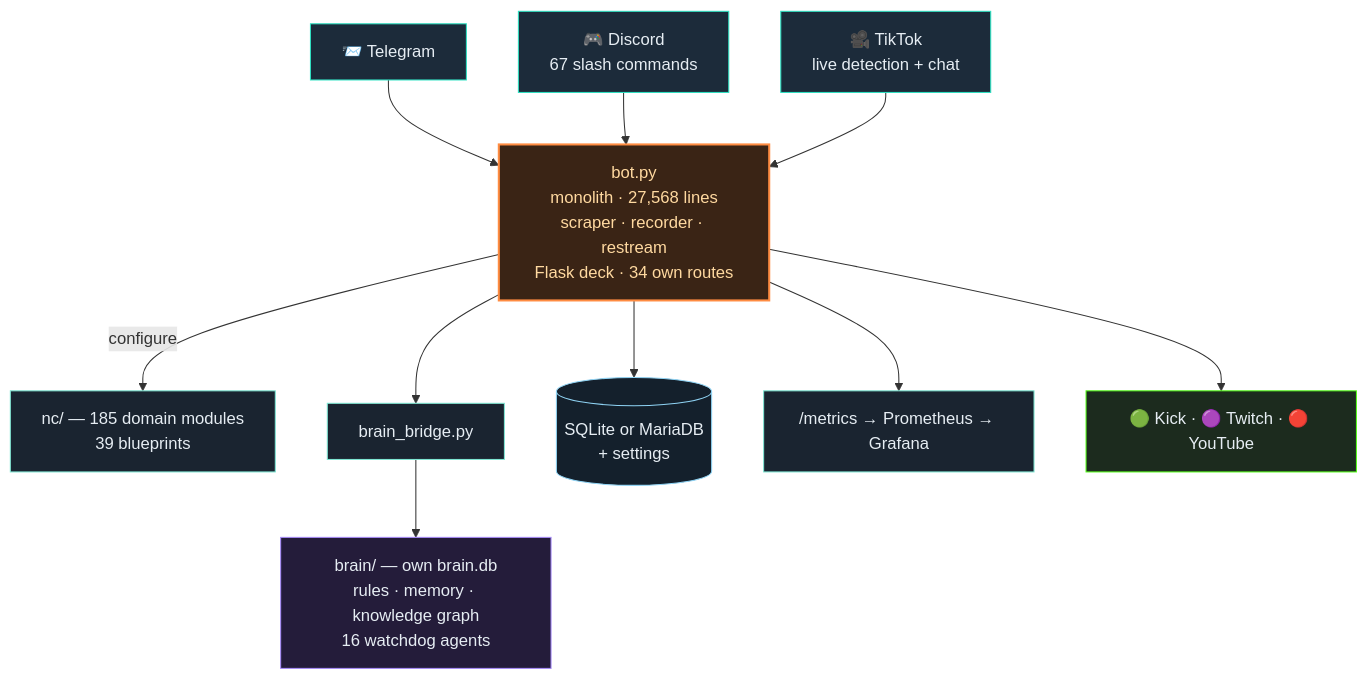
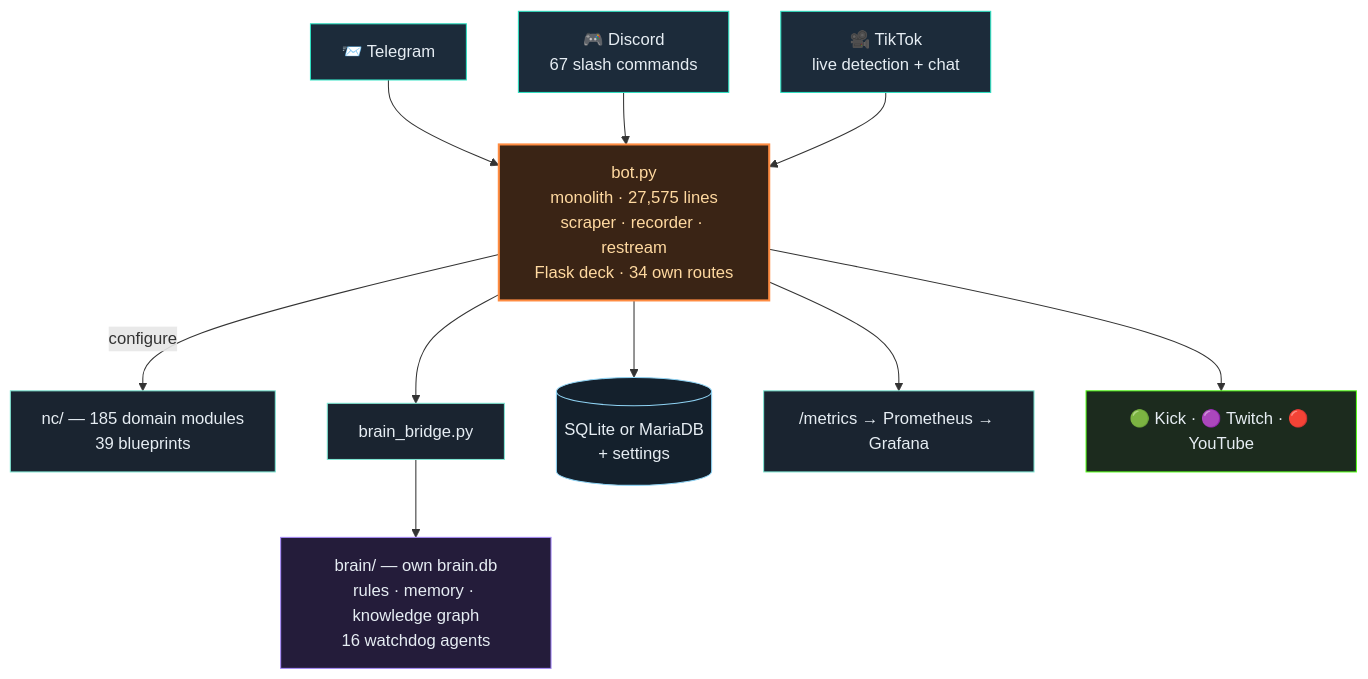
One commit to itsamemedev/Telegram-Stream-Info-Bot changed the second of 3 diagrams in README.en.md. Above: the diagram before and after it, drawn with Mermaid. The commit also changed other lines of this file and 24 other files, not shown here.

````diff
--- a/README.en.md
+++ b/README.en.md
@@ -119,19 +119,19 @@
 ```mermaid
 flowchart TB
     TG["📨 Telegram"]:::ein --> BOT
     DC["🎮 Discord<br/>67 slash commands"]:::ein --> BOT
     TT["🎥 TikTok<br/>live detection + chat"]:::ein --> BOT
-    BOT["bot.py<br/>monolith · 27,568 lines<br/>scraper · recorder · restream<br/>Flask deck · 34 own routes"]:::core
+    BOT["bot.py<br/>monolith · 27,575 lines<br/>scraper · recorder · restream<br/>Flask deck · 34 own routes"]:::core
     BOT -->|configure| NC["nc/ — 185 domain modules<br/>39 blueprints"]:::lib
     BOT --> BR["brain_bridge.py"]:::lib
     BR --> BRAIN["brain/ — own brain.db<br/>rules · memory · knowledge graph<br/>16 watchdog agents"]:::brain
     BOT --> DB[("SQLite or MariaDB<br/>+ settings")]:::db
     BOT --> PROM["/metrics → Prometheus → Grafana"]:::lib
     BOT --> OUT["🟢 Kick · 🟣 Twitch · 🔴 YouTube"]:::out
     classDef ein fill:#1c2b3a,stroke:#2de1c2,color:#e6edf3
     classDef core fill:#3a2415,stroke:#ff8c42,stroke-width:2px,color:#ffd9a0
     classDef lib fill:#1a2430,stroke:#7fe7d4,color:#e6edf3
     classDef brain fill:#241c3a,stroke:#a78bfa,color:#e6edf3
     classDef db fill:#14202c,stroke:#8fd3f4,color:#e6edf3
     classDef out fill:#1c2b1e,stroke:#53fc18,color:#e6edf3
 ```
````
